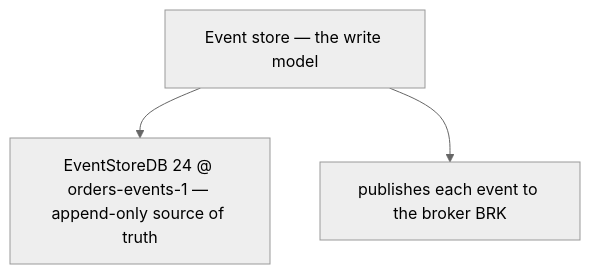
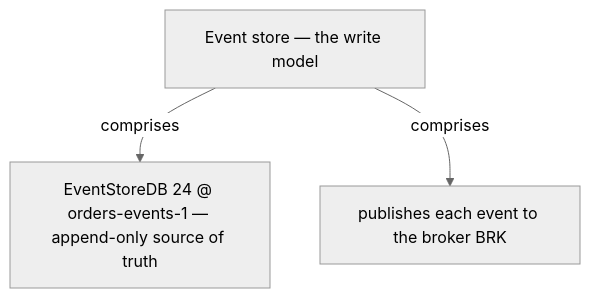
The sixth of 13 diagrams in docs/ch22-cqrs.md (vinayakuber/microservices-io-study-guide), drawn with Mermaid (neutral theme) before and after one commit. The commit also changed other lines of this file and 71 other files, not shown here.

First line of the commit message:
R18: label every diagram arrow with its meaning

````diff
--- a/docs/ch22-cqrs.md
+++ b/docs/ch22-cqrs.md
@@ -232,6 +232,6 @@
 ```mermaid
 flowchart TD
   R["Event store — the write model"]
-  R --> P0["EventStoreDB 24 @ orders-events-1 — append-only source of truth"]
-  R --> P1["publishes each event to the broker BRK"]
+  R -->|"comprises"| P0["EventStoreDB 24 @ orders-events-1 — append-only source of truth"]
+  R -->|"comprises"| P1["publishes each event to the broker BRK"]
 ```
````
